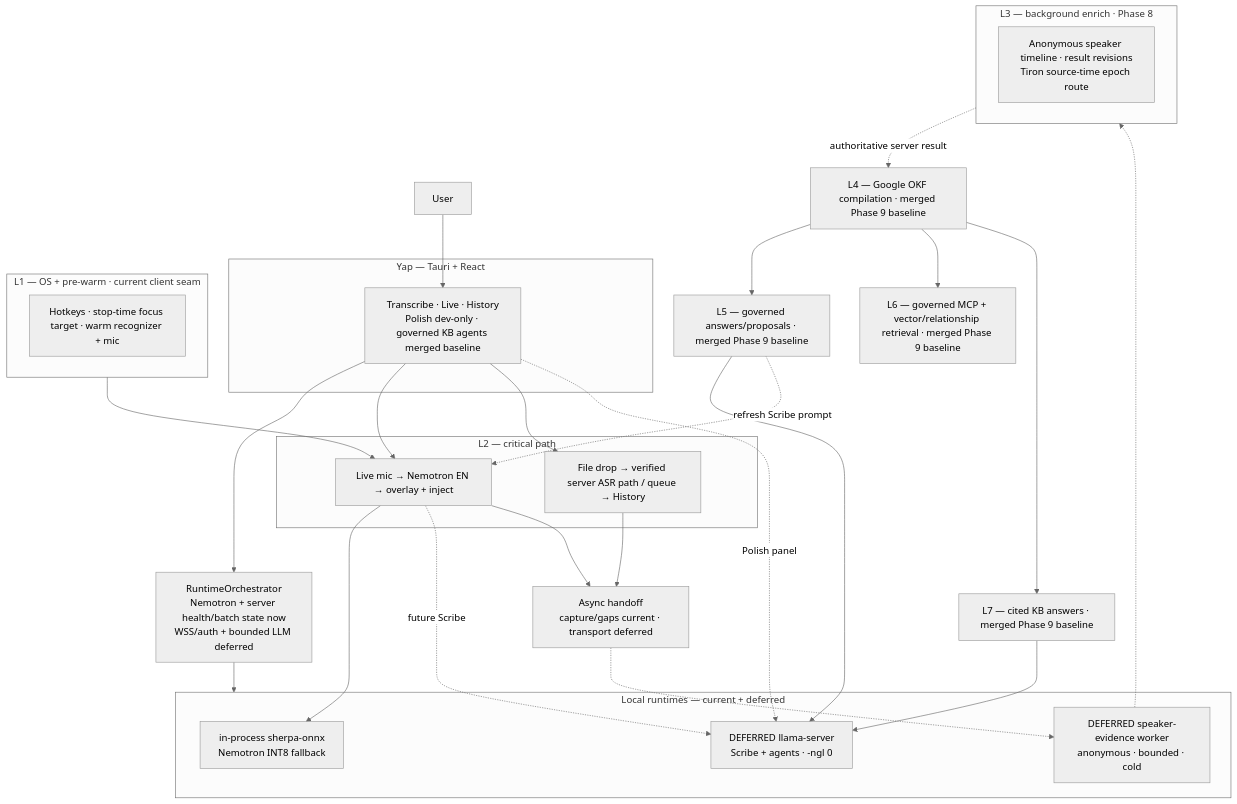
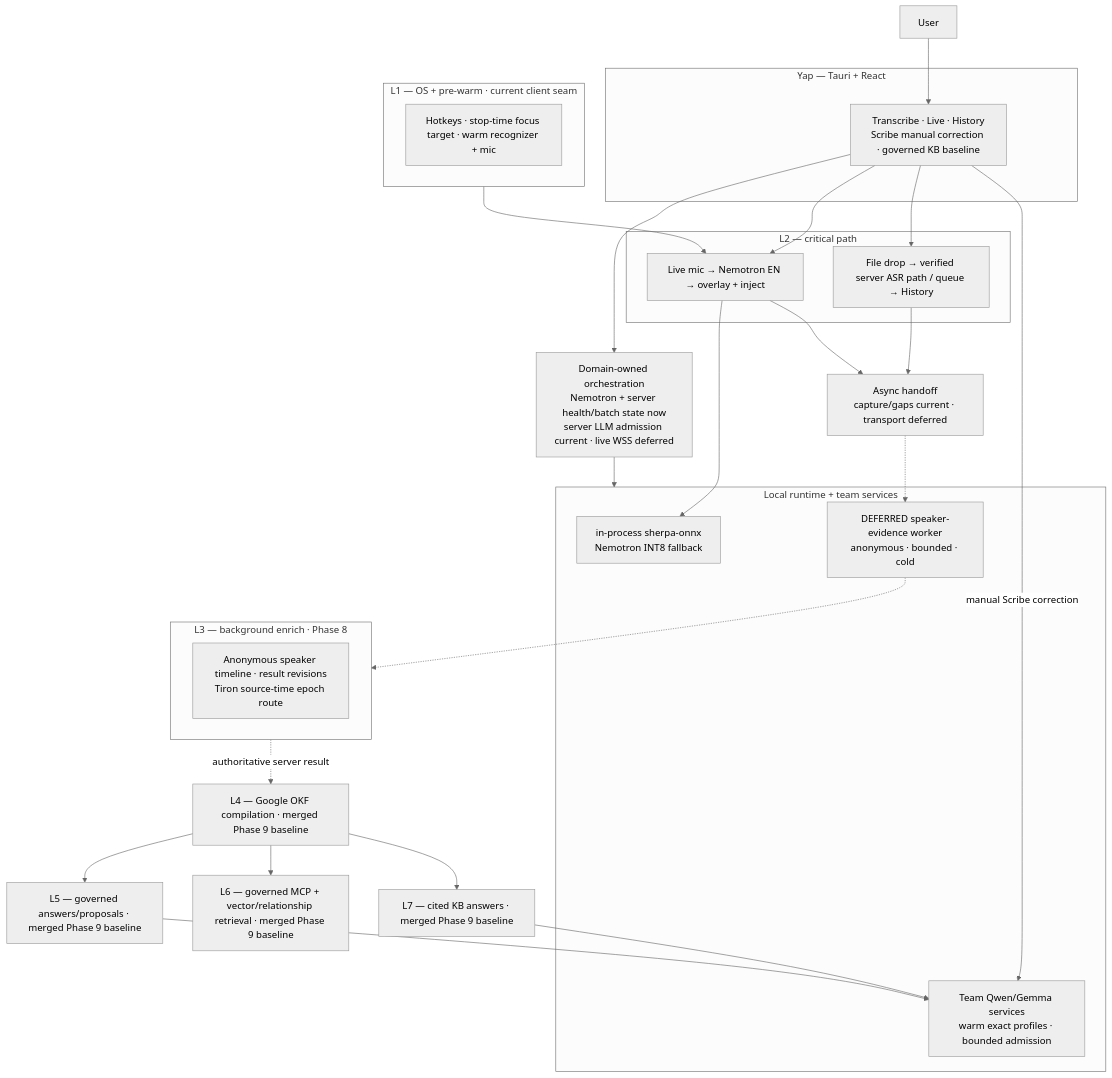
The first of 4 diagrams in docs/VOICE-OS-ARCHITECTURE.md (ZoOtMcNoOt/yap), drawn with Mermaid (neutral theme) before and after one commit. The commit also changed other lines of this file and 30 other files, not shown here.

Commit message:
fix(agents): ground Student questions in exact sources

````diff
--- a/docs/VOICE-OS-ARCHITECTURE.md
+++ b/docs/VOICE-OS-ARCHITECTURE.md
@@ -128,54 +128,52 @@
 ```mermaid
 flowchart TB
     User["User"]
 
     subgraph Yap["Yap — Tauri + React"]
-        UI["Transcribe · Live · History<br/>Polish dev-only · governed KB agents merged baseline"]
+        UI["Transcribe · Live · History<br/>Scribe manual correction · governed KB baseline"]
     end
 
-    Orch["RuntimeOrchestrator<br/>Nemotron + server health/batch state now<br/>WSS/auth + bounded LLM deferred"]
+    Orch["Domain-owned orchestration<br/>Nemotron + server health/batch state now<br/>server LLM admission current · live WSS deferred"]
 
-    subgraph Sidecars["Local runtimes — current + deferred"]
+    subgraph Sidecars["Local runtime + team services"]
         CR["in-process sherpa-onnx<br/>Nemotron INT8 fallback"]
-        LL["DEFERRED llama-server<br/>Scribe + agents · -ngl 0"]
+        LL["Team Qwen/Gemma services<br/>warm exact profiles · bounded admission"]
         KW["DEFERRED speaker-evidence worker<br/>anonymous · bounded · cold"]
     end
 
     subgraph L1["L1 — OS + pre-warm · current client seam"]
         L1n["Hotkeys · stop-time focus target · warm recognizer + mic"]
     end
 
     subgraph L2["L2 — critical path"]
         Live["Live mic → Nemotron EN → overlay + inject"]
         Batch["File drop → verified server ASR path / queue → History"]
     end
 
     Handoff["Async handoff<br/>capture/gaps current · transport deferred"]
 
     subgraph L3["L3 — background enrich · Phase 8"]
         L3n["Anonymous speaker timeline · result revisions<br/>Tiron source-time epoch route"]
     end
 
     L4["L4 — Google OKF compilation · merged Phase 9 baseline"]
     L5["L5 — governed answers/proposals · merged Phase 9 baseline"]
     L6["L6 — governed MCP + vector/relationship retrieval · merged Phase 9 baseline"]
     L7["L7 — cited KB answers · merged Phase 9 baseline"]
 
     User --> UI --> Orch
     Orch --> Sidecars
     L1 --> Live
     UI --> Live
     UI --> Batch
     Live --> CR
-    Live -.->|future Scribe| LL
-    UI -.->|Polish panel| LL
+    UI -->|manual Scribe correction| LL
     Live --> Handoff
     Batch --> Handoff
     Handoff -.-> KW
     KW -.-> L3
     L3 -.->|authoritative server result| L4
     L4 --> L5 & L6 & L7
     L5 --> LL
     L7 --> LL
-    L5 -.->|refresh Scribe prompt| Live
 ```
````
